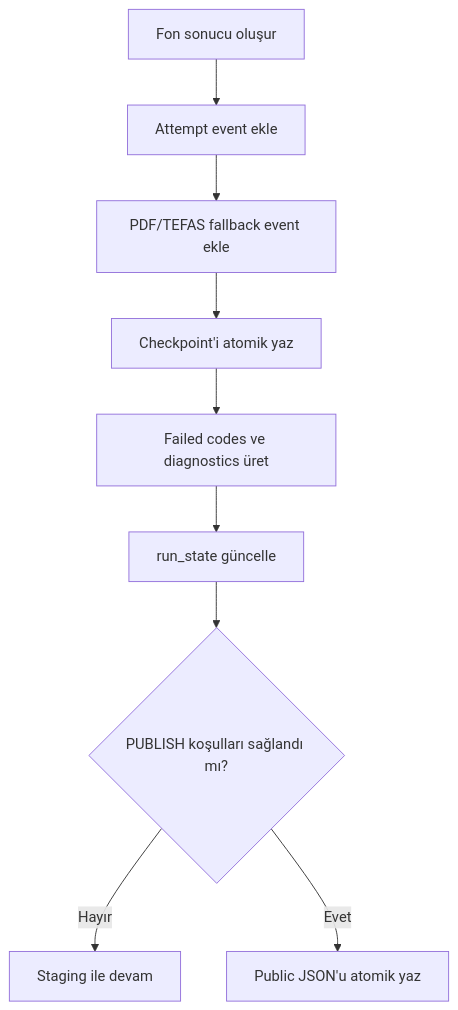
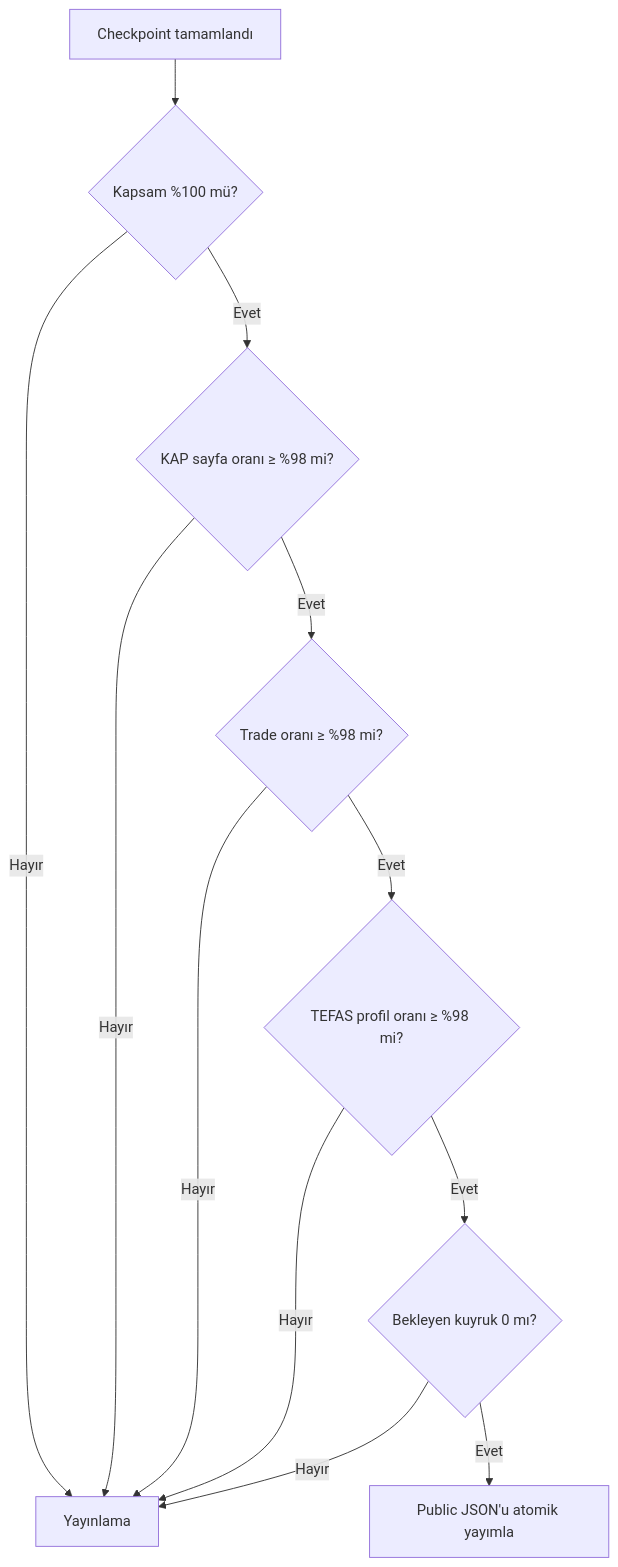
Before and after one commit to egemenkarabulut/PiyasaNabzi-KAP-YAT: diagram 15 of 19 in README.md, drawn with Mermaid. The commit also changed other lines of this file and 8 other files, not shown here.

````diff
--- a/README.md
+++ b/README.md
@@ -462,11 +556,14 @@
 ```mermaid
 flowchart TD
-    A["Fon sonucu oluşur"] --> B["Attempt event ekle"]
-    B --> C["PDF/TEFAS fallback event ekle"]
-    C --> D["Checkpoint'i atomik yaz"]
-    D --> E["Failed codes ve diagnostics üret"]
-    E --> F["run_state güncelle"]
-    F --> G{"PUBLISH koşulları sağlandı mı?"}
-    G -- "Hayır" --> H["Staging ile devam"]
-    G -- "Evet" --> I["Public JSON'u atomik yaz"]
+    A["Checkpoint tamamlandı"] --> B{"Kapsam %100 mü?"}
+    B -- "Hayır" --> X["Yayınlama"]
+    B -- "Evet" --> C{"KAP sayfa oranı ≥ %98 mi?"}
+    C -- "Hayır" --> X
+    C -- "Evet" --> D{"Trade oranı ≥ %98 mi?"}
+    D -- "Hayır" --> X
+    D -- "Evet" --> E{"TEFAS profil oranı ≥ %98 mi?"}
+    E -- "Hayır" --> X
+    E -- "Evet" --> F{"Bekleyen kuyruk 0 mı?"}
+    F -- "Hayır" --> X
+    F -- "Evet" --> G["Public JSON'u atomik yayımla"]
 ```
````
